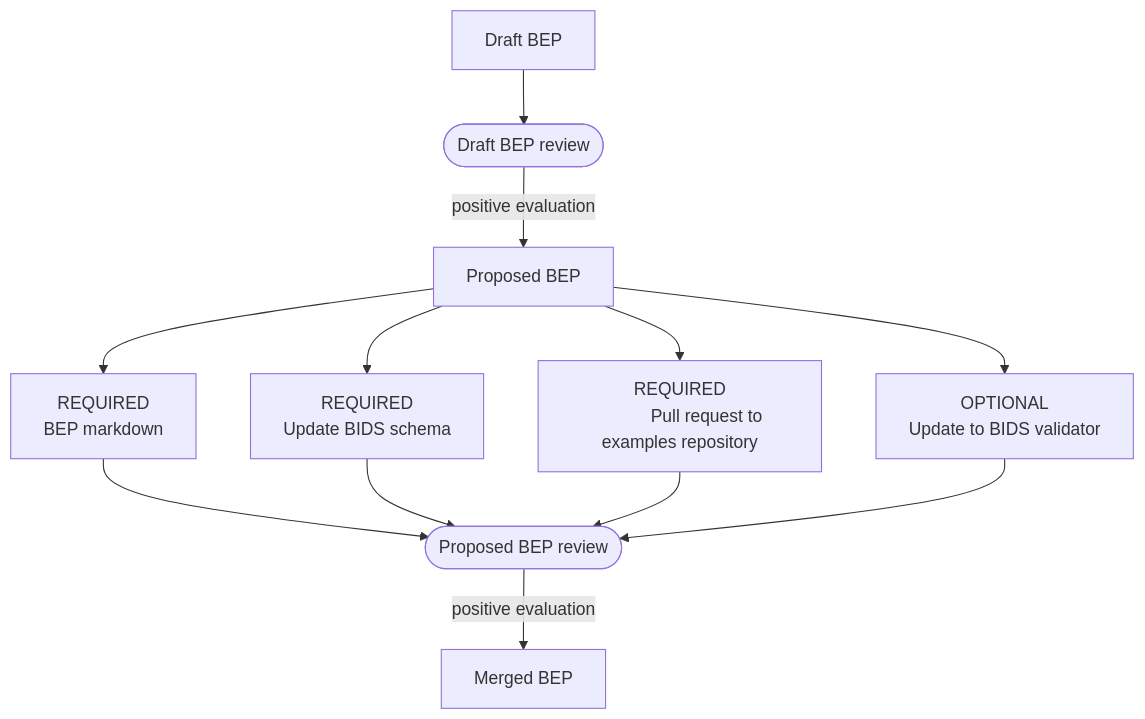
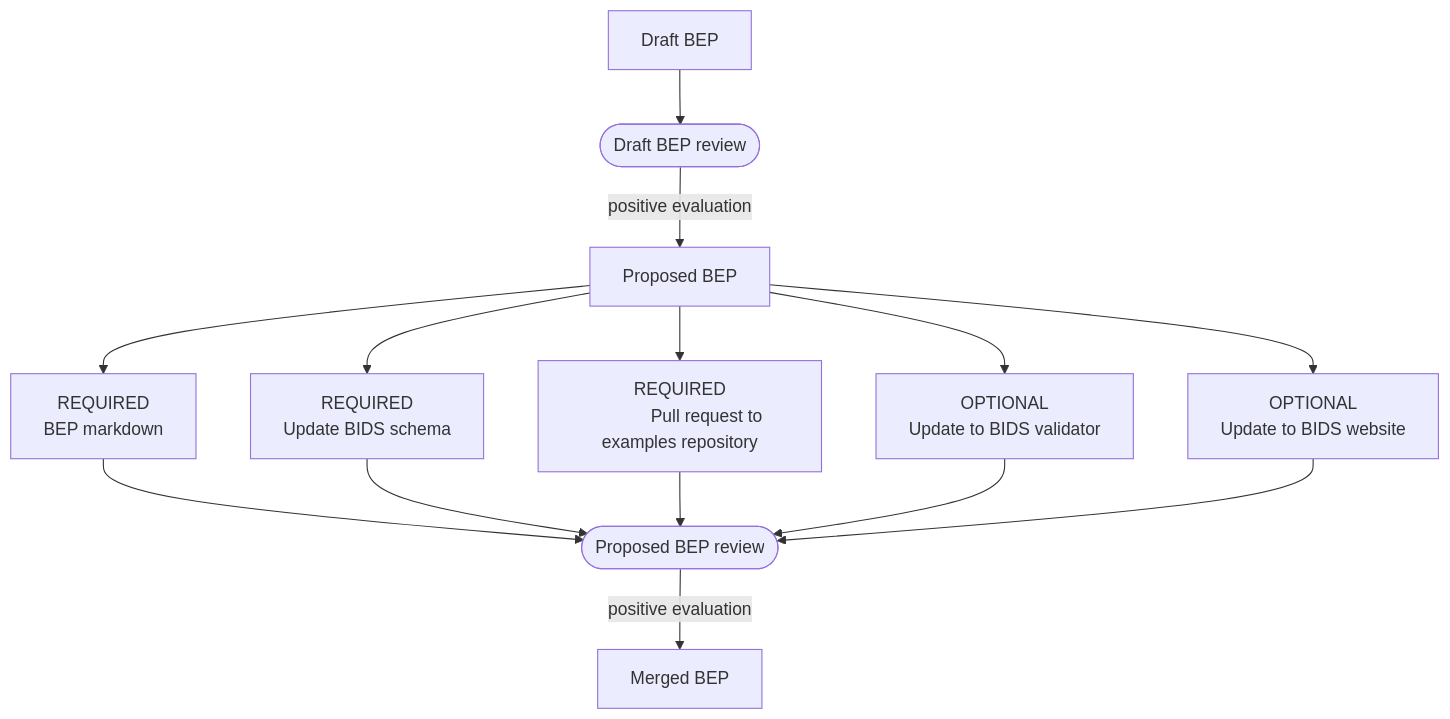
The fifth of 6 diagrams in docs/extensions/process.md (bids-standard/bids-website), drawn with Mermaid before and after one commit. The commit also changed other lines of this file, not shown here.

Commit message:
Changes to the website in BEP process

````diff
--- a/docs/extensions/process.md
+++ b/docs/extensions/process.md
@@ -141,25 +141,28 @@
 ```mermaid
 flowchart TD
 
 draft_bep[Draft BEP]
 draft_bep_review([Draft BEP review])
 proposed_bep[Proposed BEP]
 PR_examples[REQUIRED
             Pull request to examples repository]
 schema[REQUIRED
        Update BIDS schema]
 markdown[REQUIRED
          BEP markdown]
 validator[OPTIONAL
           Update to BIDS validator]
+website[OPTIONAL
+          Update to BIDS website]
 proposed_bep_review([Proposed BEP review])
 merged_bep[Merged BEP]
 
 draft_bep --> draft_bep_review
 draft_bep_review -- positive evaluation --> proposed_bep
 proposed_bep --> markdown --> proposed_bep_review
 proposed_bep --> schema --> proposed_bep_review
 proposed_bep --> PR_examples --> proposed_bep_review
 proposed_bep --> validator --> proposed_bep_review
+proposed_bep --> website --> proposed_bep_review
 proposed_bep_review -- positive evaluation --> merged_bep
 ```
````
